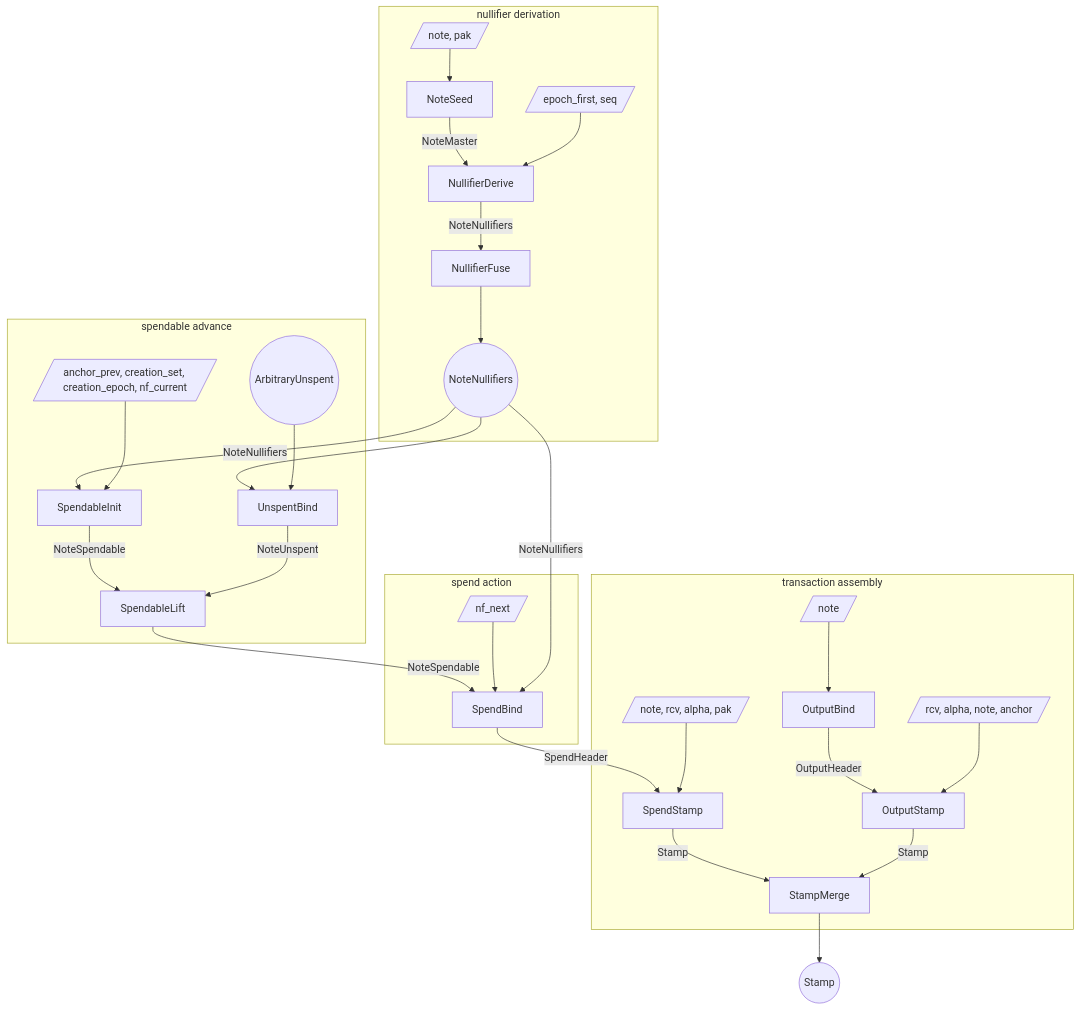
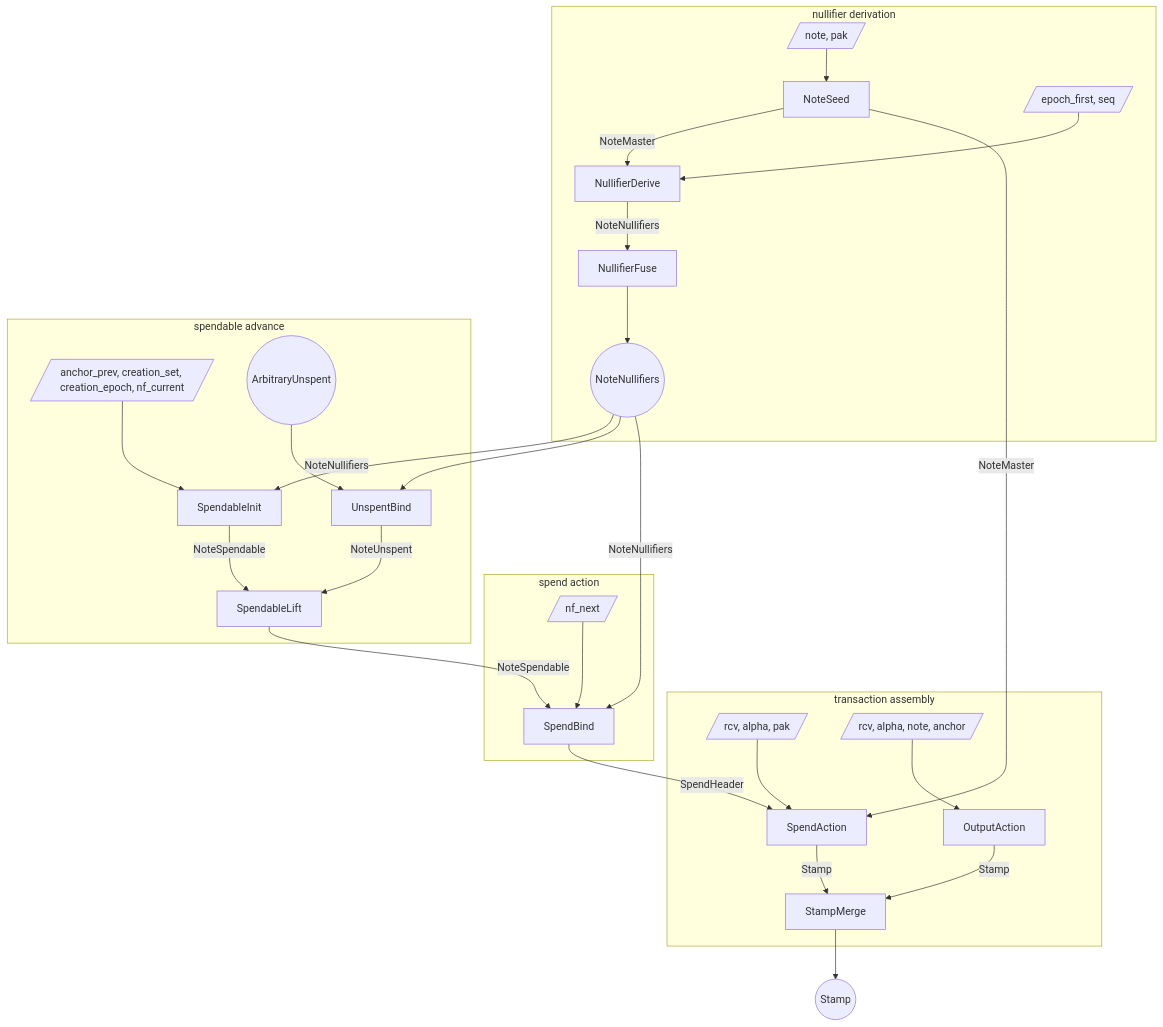
Before and after one commit to tachyon-zcash/tachyon: the first of 3 diagrams in book/src/proof-tree.md, drawn with Mermaid. The commit also changed other lines of this file and 15 other files, not shown here.

````diff
--- a/book/src/proof-tree.md
+++ b/book/src/proof-tree.md
@@ -308,62 +306,59 @@
 ```mermaid
 flowchart TB
   subgraph derive [nullifier derivation]
     w_seed[/note, pak/]
     s_seed[NoteSeed]
     w_window[/epoch_first, seq/]
     s_window[NullifierDerive]
     s_dfuse[NullifierFuse]
     nf_range((NoteNullifiers))
   end
 
   subgraph spendable [spendable advance]
     w_init[/anchor_prev, creation_set, creation_epoch, nf_current/]
     s_init[SpendableInit]
     unspent_in((ArbitraryUnspent))
     s_unspentbind[UnspentBind]
     s_lift[SpendableLift]
   end
 
-  subgraph spend_stamp [spend action]
+  subgraph spend_action [spend action]
     w_bind[/nf_next/]
     s_bind[SpendBind]
   end
 
   subgraph merge [transaction assembly]
-    w_stamp[/note, rcv, alpha, pak/]
-    s_spendstamp[SpendStamp]
-    w_outbind[/note/]
-    s_outbind[OutputBind]
+    w_stamp[/rcv, alpha, pak/]
+    s_spendstamp[SpendAction]
     w_output[/rcv, alpha, note, anchor/]
-    s_output[OutputStamp]
+    s_output[OutputAction]
     s_merge[StampMerge]
   end
 
   stamp_out((Stamp))
 
   w_seed --> s_seed
   s_seed -->|NoteMaster| s_window
   w_window --> s_window
   s_window -->|NoteNullifiers| s_dfuse
   s_dfuse --> nf_range
 
   nf_range -->|NoteNullifiers| s_init
   w_init --> s_init
   nf_range --> s_unspentbind
   unspent_in --> s_unspentbind
   s_init -->|NoteSpendable| s_lift
   s_unspentbind -->|NoteUnspent| s_lift
   s_lift -->|NoteSpendable| s_bind
 
   w_bind --> s_bind
   nf_range -->|NoteNullifiers| s_bind
   s_bind -->|SpendHeader| s_spendstamp
+  s_seed -->|NoteMaster| s_spendstamp
   w_stamp --> s_spendstamp
 
-  w_outbind --> s_outbind
-  s_outbind -->|OutputHeader| s_output
   w_output --> s_output
   s_spendstamp -->|Stamp| s_merge
   s_output -->|Stamp| s_merge
   s_merge --> stamp_out
 ```
````
